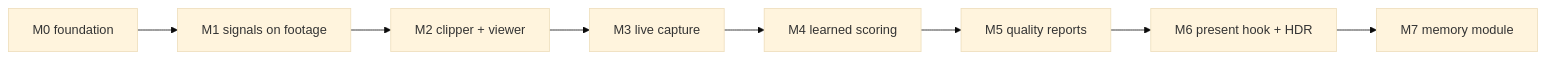
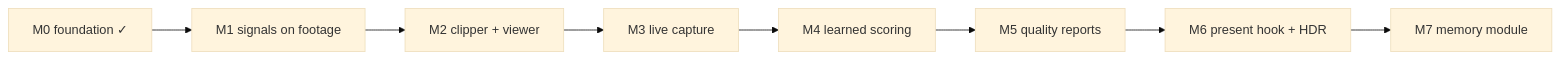
One commit to Joshmh7128/Lookback changed the fifth of 5 diagrams in docs/wiki/Architecture.md. Above: the diagram before and after it, drawn with Mermaid (base theme). The commit also changed other lines of this file and 59 other files, not shown here.

````diff
--- a/docs/wiki/Architecture.md
+++ b/docs/wiki/Architecture.md
@@ -138,5 +138,5 @@
 ```mermaid
 flowchart LR
-    M0[M0 foundation] --> M1[M1 signals on footage] --> M2[M2 clipper + viewer] --> M3[M3 live capture]
+    M0[M0 foundation ✓] --> M1[M1 signals on footage] --> M2[M2 clipper + viewer] --> M3[M3 live capture]
     M3 --> M4[M4 learned scoring] --> M5[M5 quality reports] --> M6[M6 present hook + HDR] --> M7[M7 memory module]
 ```
````
